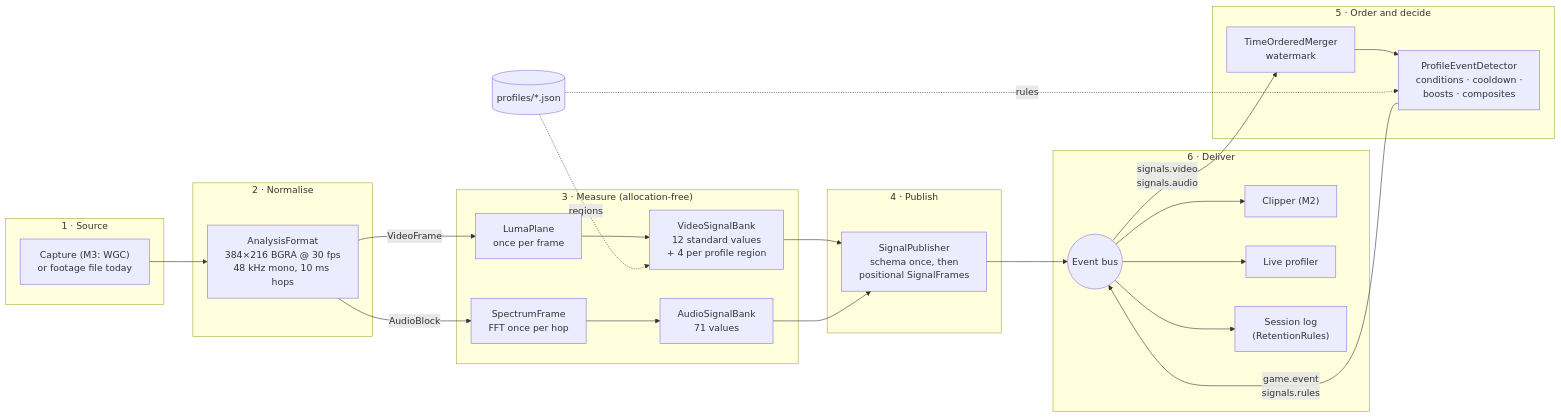
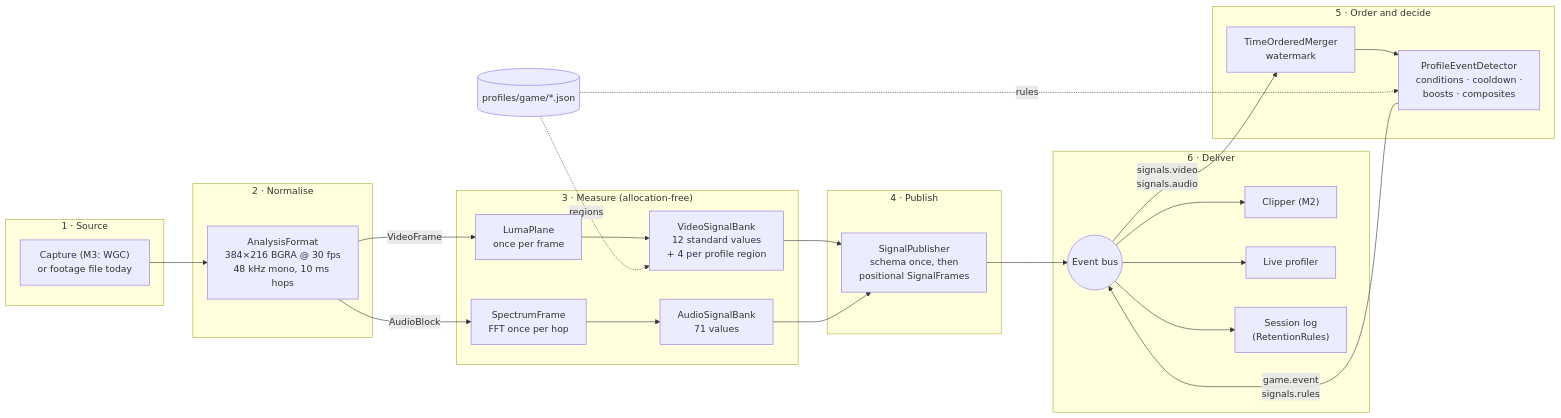
Before and after one commit to Joshmh7128/Lookback: the first of 9 diagrams in docs/wiki/Detection-Walkthrough.md, drawn with Mermaid. The commit also changed other lines of this file, not shown here.

````diff
--- a/docs/wiki/Detection-Walkthrough.md
+++ b/docs/wiki/Detection-Walkthrough.md
@@ -24,34 +24,34 @@
 ```mermaid
 flowchart LR
     subgraph Source["1 · Source"]
         CAP["Capture (M3: WGC)<br/>or footage file today"]
     end
     subgraph Normalise["2 · Normalise"]
         AF["AnalysisFormat<br/>384×216 BGRA @ 30 fps<br/>48 kHz mono, 10 ms hops"]
     end
     subgraph Measure["3 · Measure (allocation-free)"]
         LP["LumaPlane<br/>once per frame"] --> VB["VideoSignalBank<br/>12 standard values<br/>+ 4 per profile region"]
         SF["SpectrumFrame<br/>FFT once per hop"] --> AB["AudioSignalBank<br/>71 values"]
     end
     subgraph Publish["4 · Publish"]
         SP["SignalPublisher<br/>schema once, then<br/>positional SignalFrames"]
     end
     subgraph Decide["5 · Order and decide"]
         TM["TimeOrderedMerger<br/>watermark"] --> DET["ProfileEventDetector<br/>conditions · cooldown ·<br/>boosts · composites"]
     end
     subgraph Deliver["6 · Deliver"]
         BUS(("Event bus"))
         BUS --> CLIP["Clipper (M2)"]
         BUS --> PROF["Live profiler"]
         BUS --> LOG["Session log<br/>(RetentionRules)"]
     end
 
     CAP --> AF
     AF -- VideoFrame --> LP
     AF -- AudioBlock --> SF
     VB & AB --> SP --> BUS
     BUS -- "signals.video<br/>signals.audio" --> TM
     DET -- "game.event<br/>signals.rules" --> BUS
-    PJ[("profiles/*.json")] -. regions .-> VB
+    PJ[("profiles/game/*.json")] -. regions .-> VB
     PJ -. rules .-> DET
 ```
````
